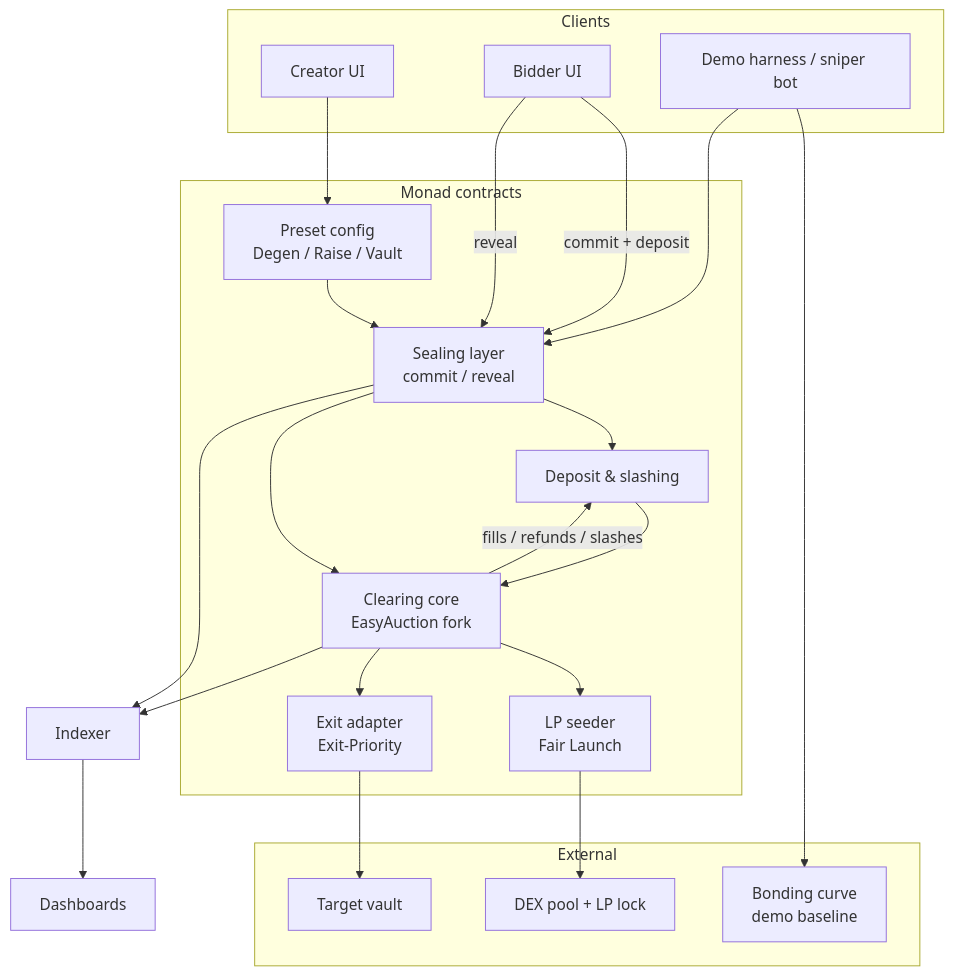
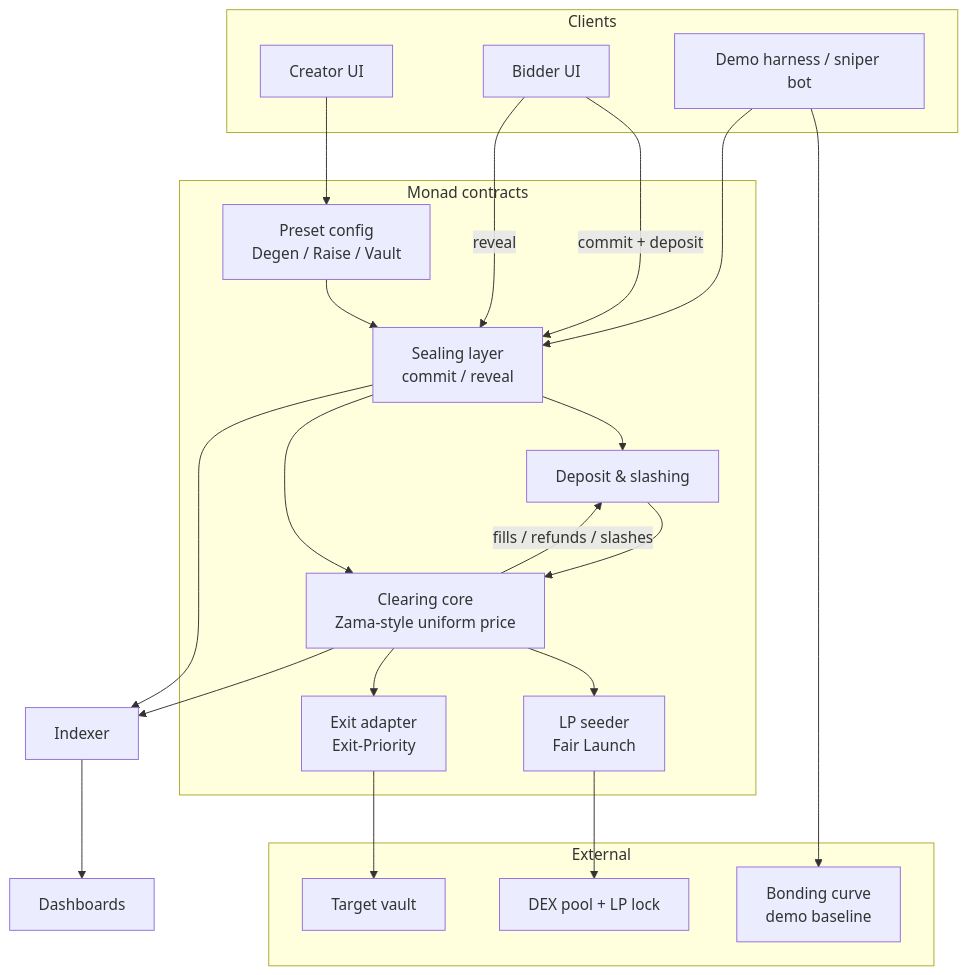
One commit to theyavuzarslan/sealed-bid-auction-monad changed the diagram in 03-architecture.md. Above: the diagram before and after it, drawn with Mermaid. The commit also changed other lines of this file and 22 other files, not shown here.

````diff
--- a/03-architecture.md
+++ b/03-architecture.md
@@ -25,39 +25,39 @@
 ```mermaid
 graph TD
   subgraph Clients
     CR[Creator UI]
     BD[Bidder UI]
     DM[Demo harness / sniper bot]
   end
 
   subgraph Monad_contracts["Monad contracts"]
     SL[Sealing layer<br/>commit / reveal]
     DP[Deposit & slashing]
-    CC[Clearing core<br/>EasyAuction fork]
+    CC[Clearing core<br/>Zama-style uniform price]
     LP[LP seeder<br/>Fair Launch]
     EX[Exit adapter<br/>Exit-Priority]
     PR[Preset config<br/>Degen / Raise / Vault]
   end
 
   subgraph External
     DEX[DEX pool + LP lock]
     VLT[Target vault]
     BC[Bonding curve<br/>demo baseline]
   end
 
   IDX[Indexer] --> DASH[Dashboards]
 
   CR --> PR --> SL
   BD -->|commit + deposit| SL
   BD -->|reveal| SL
   SL --> DP
   SL --> CC
   DP --> CC
   CC -->|fills / refunds / slashes| DP
   CC --> LP --> DEX
   CC --> EX --> VLT
   DM --> BC
   DM --> SL
   SL --> IDX
   CC --> IDX
 ```
````
